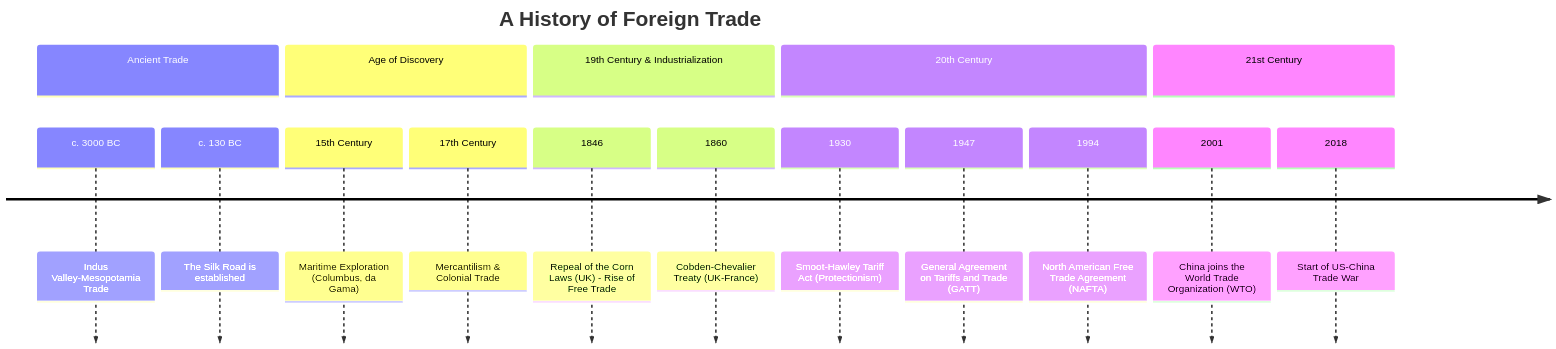
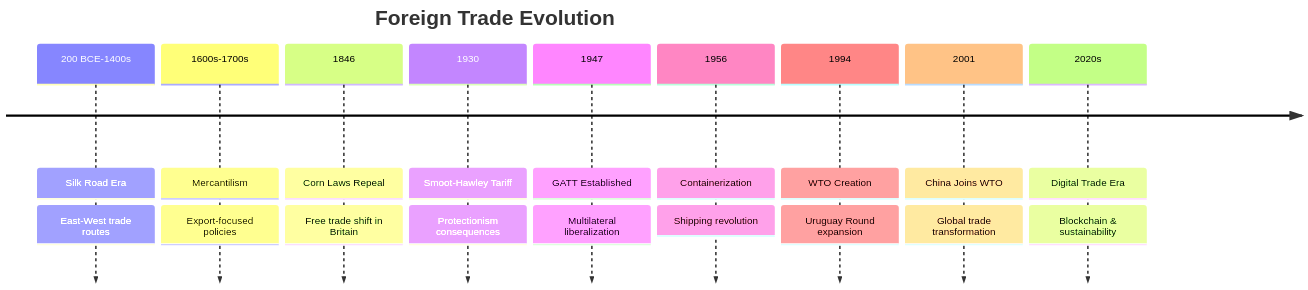
One commit to elidepb/mermaid_corpus changed the diagram in timeline/Business and Administration/markdowns/270_foreign_trade.md. Above: the diagram before and after it, drawn with Mermaid. The commit also changed 3129 other files, not shown here.

````diff
--- a/timeline/Business and Administration/markdowns/270_foreign_trade.md
+++ b/timeline/Business and Administration/markdowns/270_foreign_trade.md
@@ -1,20 +1,22 @@
 ```mermaid
 timeline
-    title A History of Foreign Trade
-    section Ancient Trade
-        c. 3000 BC : Indus Valley-Mesopotamia Trade
-        c. 130 BC : The Silk Road is established
-    section Age of Discovery
-        15th Century : Maritime Exploration (Columbus, da Gama)
-        17th Century : Mercantilism & Colonial Trade
-    section 19th Century & Industrialization
-        1846 : Repeal of the Corn Laws (UK) - Rise of Free Trade
-        1860 : Cobden-Chevalier Treaty (UK-France)
-    section 20th Century
-        1930 : Smoot-Hawley Tariff Act (Protectionism)
-        1947 : General Agreement on Tariffs and Trade (GATT)
-        1994 : North American Free Trade Agreement (NAFTA)
-    section 21st Century
-        2001 : China joins the World Trade Organization (WTO)
-        2018 : Start of US-China Trade War
+    title Foreign Trade Evolution
+    200 BCE-1400s : Silk Road Era
+                  : East-West trade routes
+    1600s-1700s : Mercantilism
+                : Export-focused policies
+    1846 : Corn Laws Repeal
+         : Free trade shift in Britain
+    1930 : Smoot-Hawley Tariff
+         : Protectionism consequences
+    1947 : GATT Established
+         : Multilateral liberalization
+    1956 : Containerization
+         : Shipping revolution
+    1994 : WTO Creation
+         : Uruguay Round expansion
+    2001 : China Joins WTO
+         : Global trade transformation
+    2020s : Digital Trade Era
+          : Blockchain & sustainability
 ```
````
